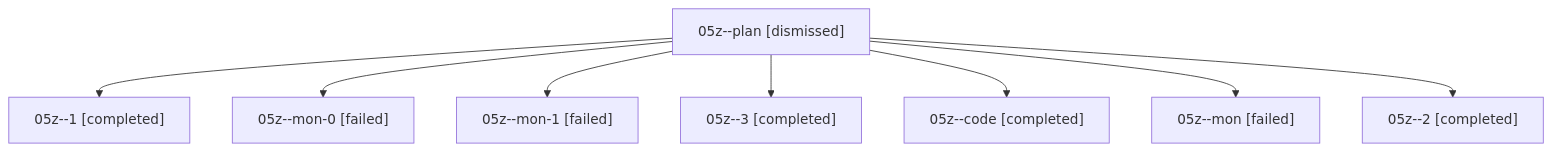
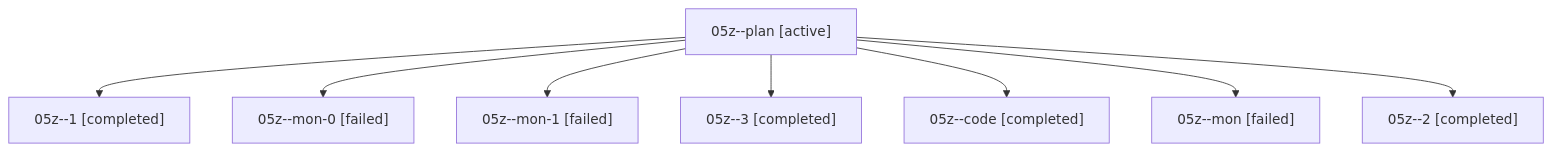
One commit to sase-org/sase--agents changed the diagram in families/bbugyi200.athena.05z.md. Above: the diagram before and after it, drawn with Mermaid. The commit also changed other lines of this file and 35830 other files, not shown here.

````diff
--- a/families/bbugyi200.athena.05z.md
+++ b/families/bbugyi200.athena.05z.md
@@ -9,18 +9,18 @@
 ```mermaid
 flowchart TD
-  n0["05z--plan [dismissed]"]
+  n0["05z--plan [active]"]
   n1["05z--1 [completed]"]
   n0 --> n1
   n2["05z--mon-0 [failed]"]
   n0 --> n2
   n3["05z--mon-1 [failed]"]
   n0 --> n3
   n4["05z--3 [completed]"]
   n0 --> n4
   n5["05z--code [completed]"]
   n0 --> n5
   n6["05z--mon [failed]"]
   n0 --> n6
   n7["05z--2 [completed]"]
   n0 --> n7
 ```
````
